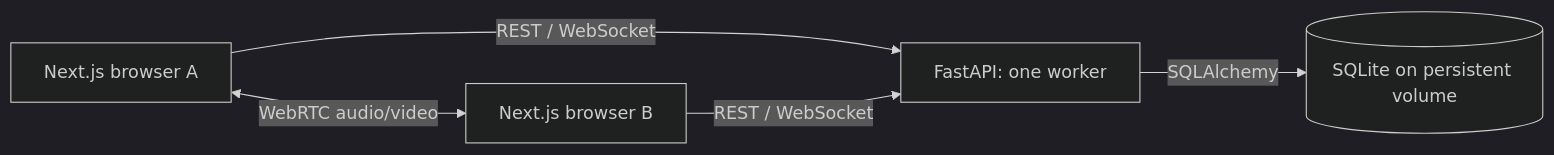
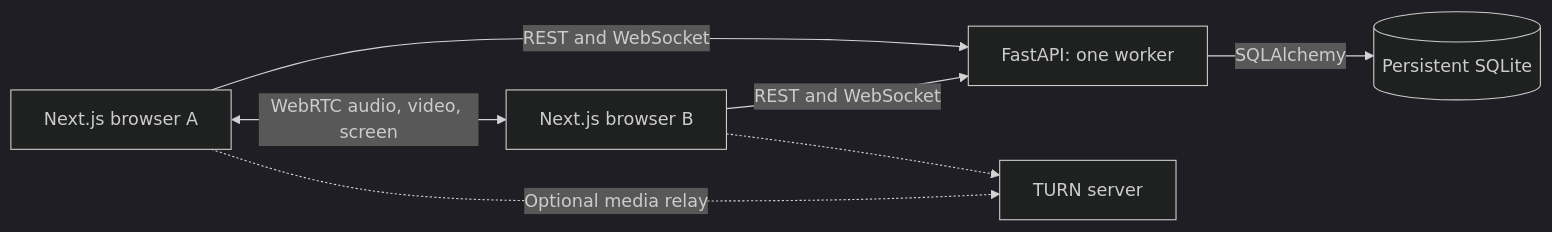
Before and after one commit to Vansh-7/zoom-clone: the diagram in README.md, drawn with Mermaid (dark theme). The commit also changed other lines of this file and 6 other files, not shown here.

````diff
--- a/README.md
+++ b/README.md
@@ -72,7 +20,9 @@
 ```mermaid
 flowchart LR
-  A[Next.js browser A] -->|REST / WebSocket| API[FastAPI: one worker]
-  B[Next.js browser B] -->|REST / WebSocket| API
-  API -->|SQLAlchemy| DB[(SQLite on persistent volume)]
-  A <-->|WebRTC audio/video| B
+    A[Next.js browser A] -->|REST and WebSocket| API[FastAPI: one worker]
+    B[Next.js browser B] -->|REST and WebSocket| API
+    API -->|SQLAlchemy| DB[(Persistent SQLite)]
+    A <-->|WebRTC audio, video, screen| B
+    A -.->|Optional media relay| TURN[TURN server]
+    B -.-> TURN
 ```
````
